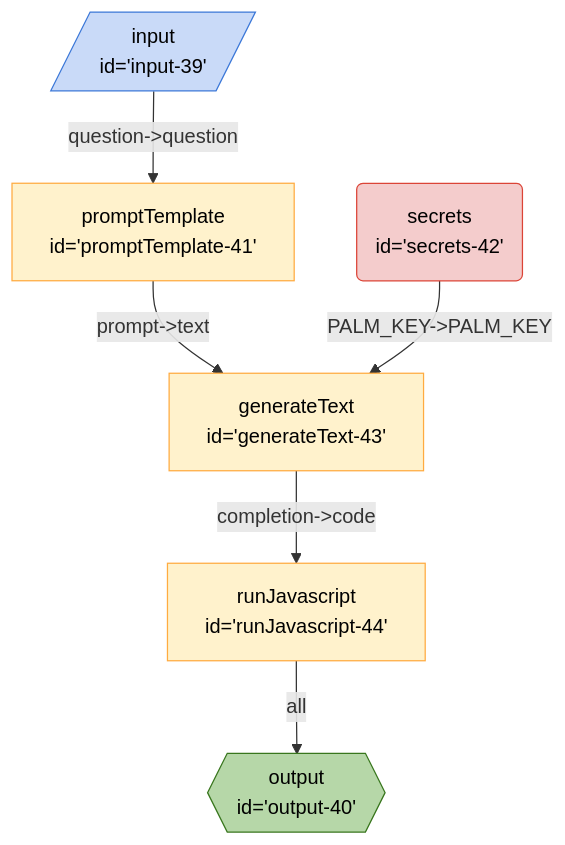
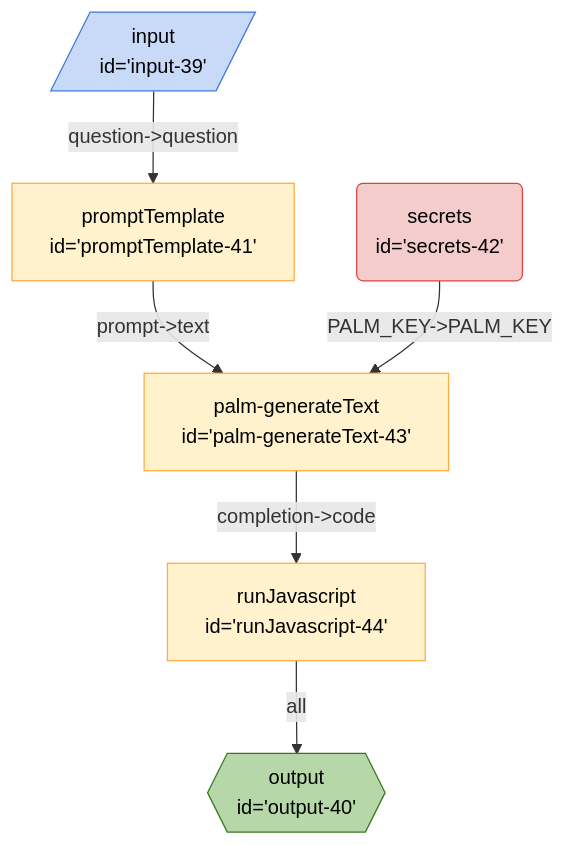
The diagram in seeds/breadboard-web/docs/graphs/new/math-imperative.md (breadboard-ai/breadboard), drawn with Mermaid before and after one commit. The commit also changed 55 other files, not shown here.

````diff
--- a/seeds/breadboard-web/docs/graphs/new/math-imperative.md
+++ b/seeds/breadboard-web/docs/graphs/new/math-imperative.md
@@ -3,17 +3,17 @@
 ```mermaid
 %%{init: 'themeVariables': { 'fontFamily': 'Fira Code, monospace' }}%%
 graph TD;
 runJavascript44["runJavascript <br> id='runJavascript-44'"] -- all --> output40{{"output <br> id='output-40'"}}:::output
-generateText43["generateText <br> id='generateText-43'"] -- "completion->code" --> runJavascript44["runJavascript <br> id='runJavascript-44'"]
-promptTemplate41["promptTemplate <br> id='promptTemplate-41'"] -- "prompt->text" --> generateText43["generateText <br> id='generateText-43'"]
-secrets42("secrets <br> id='secrets-42'"):::secrets -- "PALM_KEY->PALM_KEY" --> generateText43["generateText <br> id='generateText-43'"]
+palmgenerateText43["palm-generateText <br> id='palm-generateText-43'"] -- "completion->code" --> runJavascript44["runJavascript <br> id='runJavascript-44'"]
+promptTemplate41["promptTemplate <br> id='promptTemplate-41'"] -- "prompt->text" --> palmgenerateText43["palm-generateText <br> id='palm-generateText-43'"]
+secrets42("secrets <br> id='secrets-42'"):::secrets -- "PALM_KEY->PALM_KEY" --> palmgenerateText43["palm-generateText <br> id='palm-generateText-43'"]
 input39[/"input <br> id='input-39'"/]:::input -- "question->question" --> promptTemplate41["promptTemplate <br> id='promptTemplate-41'"]
 classDef default stroke:#ffab40,fill:#fff2ccff,color:#000
 classDef input stroke:#3c78d8,fill:#c9daf8ff,color:#000
 classDef output stroke:#38761d,fill:#b6d7a8ff,color:#000
 classDef passthrough stroke:#a64d79,fill:#ead1dcff,color:#000
 classDef slot stroke:#a64d79,fill:#ead1dcff,color:#000
 classDef config stroke:#a64d79,fill:#ead1dcff,color:#000
 classDef secrets stroke:#db4437,fill:#f4cccc,color:#000
 classDef slotted stroke:#a64d79
 ```
````
